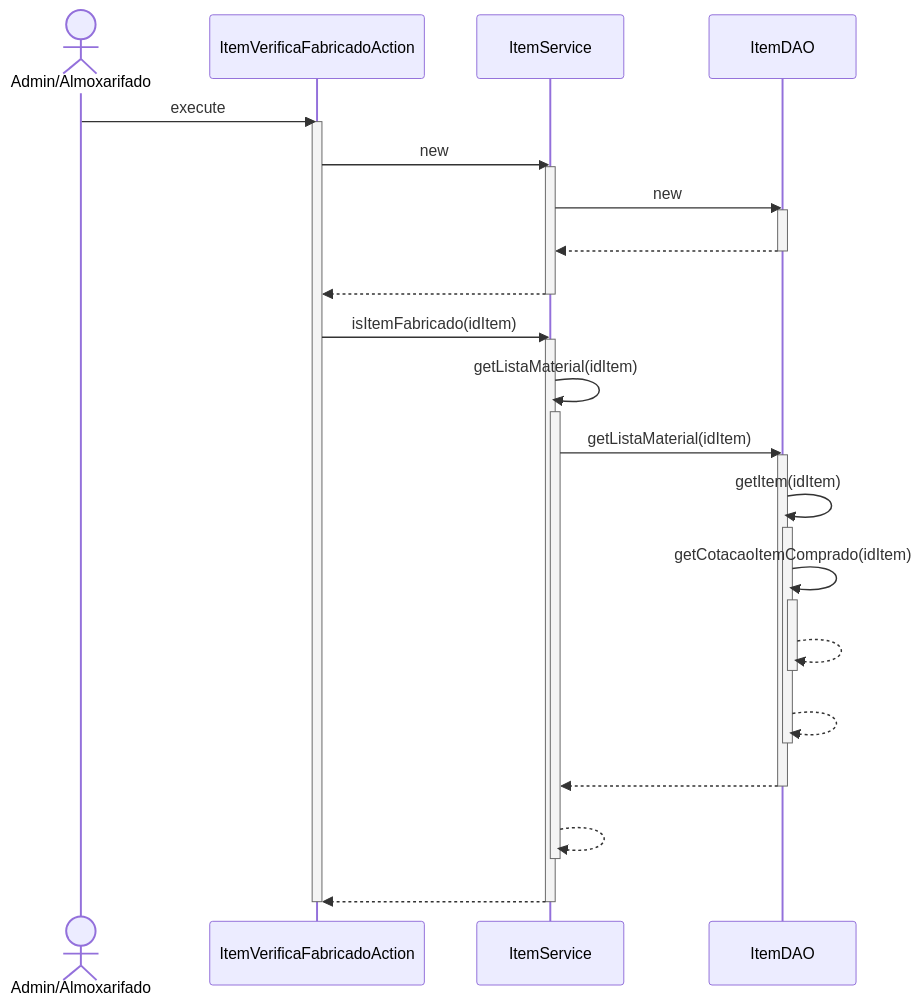
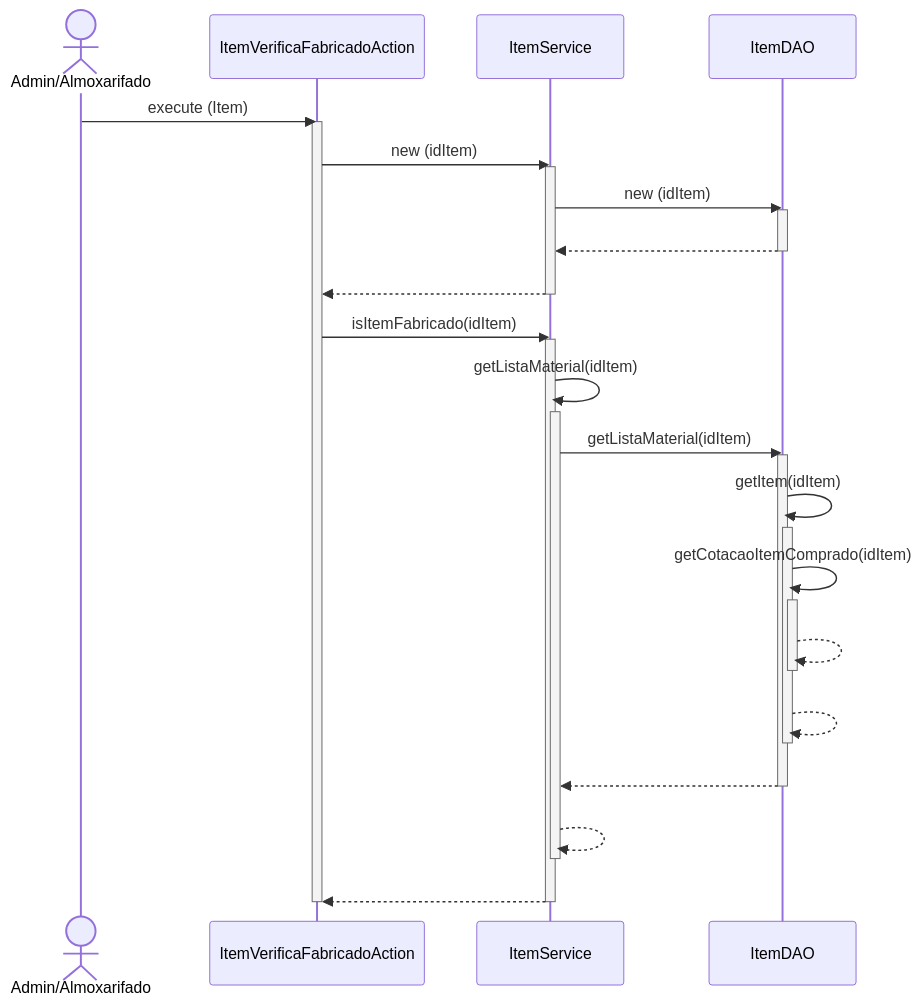
One commit to branqsMRP/SequenceDiagram changed the diagram in DiagramaSequencia/Novo Diagrama Sequencia/Item/ItemVerificaFabricadoAction_execute.mmd. Above: the diagram before and after it, drawn with Mermaid. The commit also changed 16 other files, not shown here.

```diff
--- a/DiagramaSequencia/Novo Diagrama Sequencia/Item/ItemVerificaFabricadoAction_execute.mmd
+++ b/DiagramaSequencia/Novo Diagrama Sequencia/Item/ItemVerificaFabricadoAction_execute.mmd
@@ -1,33 +1,33 @@
 sequenceDiagram
 actor AA as Admin/Almoxarifado
-AA ->> ItemVerificaFabricadoAction : execute
+AA ->> ItemVerificaFabricadoAction : execute (Item)
 activate ItemVerificaFabricadoAction
-ItemVerificaFabricadoAction ->> ItemService : new
+ItemVerificaFabricadoAction ->> ItemService : new (idItem)
 activate ItemService
-ItemService ->> ItemDAO : new
+ItemService ->> ItemDAO : new (idItem)
 activate ItemDAO
 ItemDAO -->> ItemService : #32; 
 deactivate ItemDAO
 ItemService -->> ItemVerificaFabricadoAction : #32; 
 deactivate ItemService
 ItemVerificaFabricadoAction ->> ItemService : isItemFabricado(idItem)
 activate ItemService
 ItemService ->> ItemService : getListaMaterial(idItem)
 activate ItemService
 ItemService ->> ItemDAO : getListaMaterial(idItem)
 activate ItemDAO
 ItemDAO ->> ItemDAO : getItem(idItem)
 activate ItemDAO
 ItemDAO ->> ItemDAO : getCotacaoItemComprado(idItem)
 activate ItemDAO
 ItemDAO -->> ItemDAO : #32; 
 deactivate ItemDAO
 ItemDAO -->> ItemDAO : #32; 
 deactivate ItemDAO
 ItemDAO -->> ItemService : #32; 
 deactivate ItemDAO
 ItemService -->> ItemService : #32; 
 deactivate ItemService
 ItemService -->> ItemVerificaFabricadoAction : #32; 
 deactivate ItemService
 deactivate ItemVerificaFabricadoAction
```
